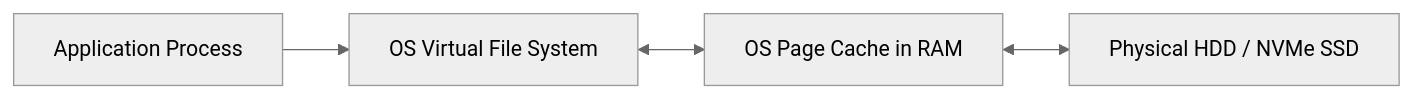
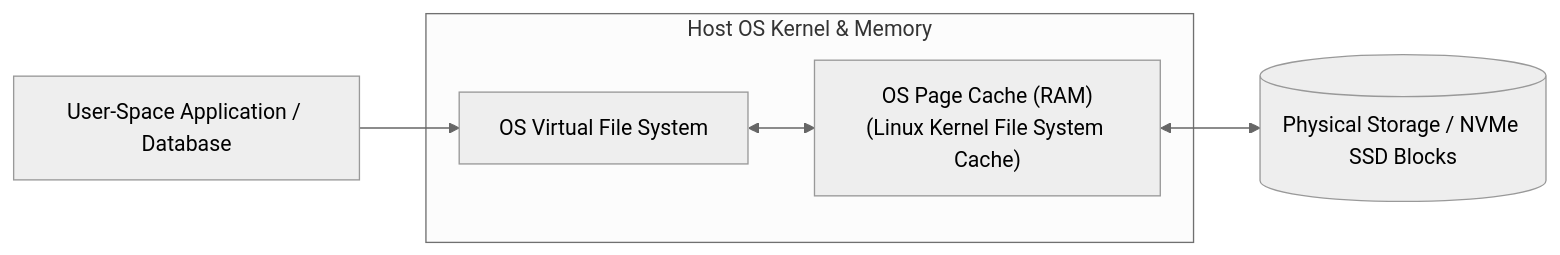
The sixth of 10 diagrams in Caching/Caching_Categories.md (piyalidas10/System_Design), drawn with Mermaid (neutral theme) before and after one commit. The commit also changed other lines of this file, not shown here.

Commit message:
OS-Level Cache (Page Cache)

````diff
--- a/Caching/Caching_Categories.md
+++ b/Caching/Caching_Categories.md
@@ -278,6 +289,8 @@
 ```mermaid
 graph LR
-    App[Application Process] --> VFS[OS Virtual File System]
-    VFS <--> PageCache[OS Page Cache in RAM]
-    PageCache <--> Storage[Physical HDD / NVMe SSD]
+    App[User-Space Application / Database] --> VFS[OS Virtual File System]
+    subgraph Host OS Kernel & Memory
+        VFS <--> PageCache["OS Page Cache (RAM)<br/>(Linux Kernel File System Cache)"]
+    end
+    PageCache <--> Storage[(Physical Storage / NVMe SSD Blocks)]
 ```
````
